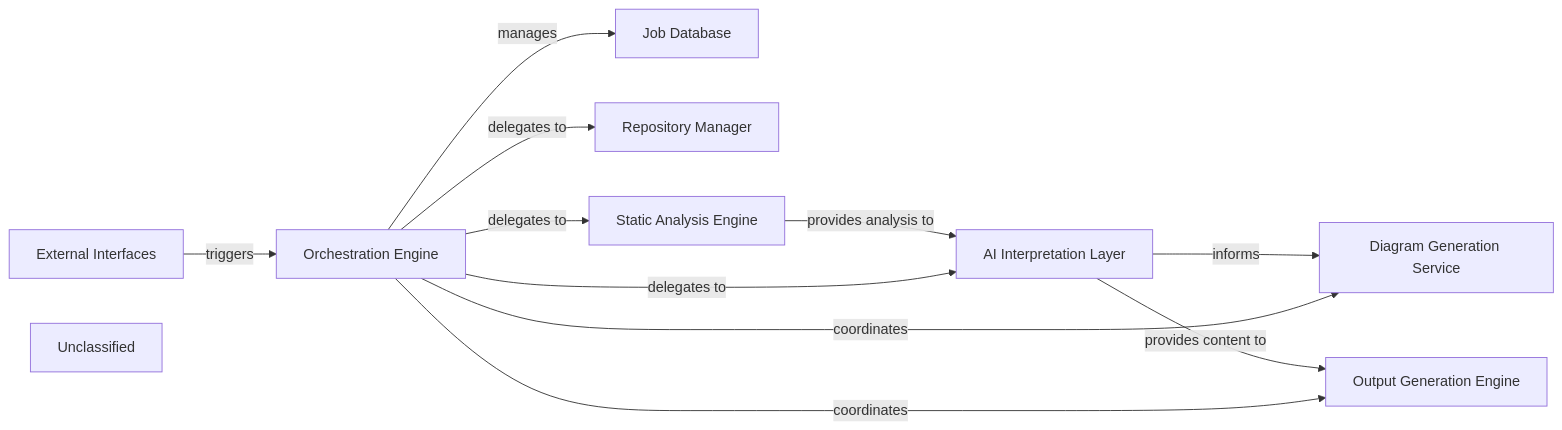
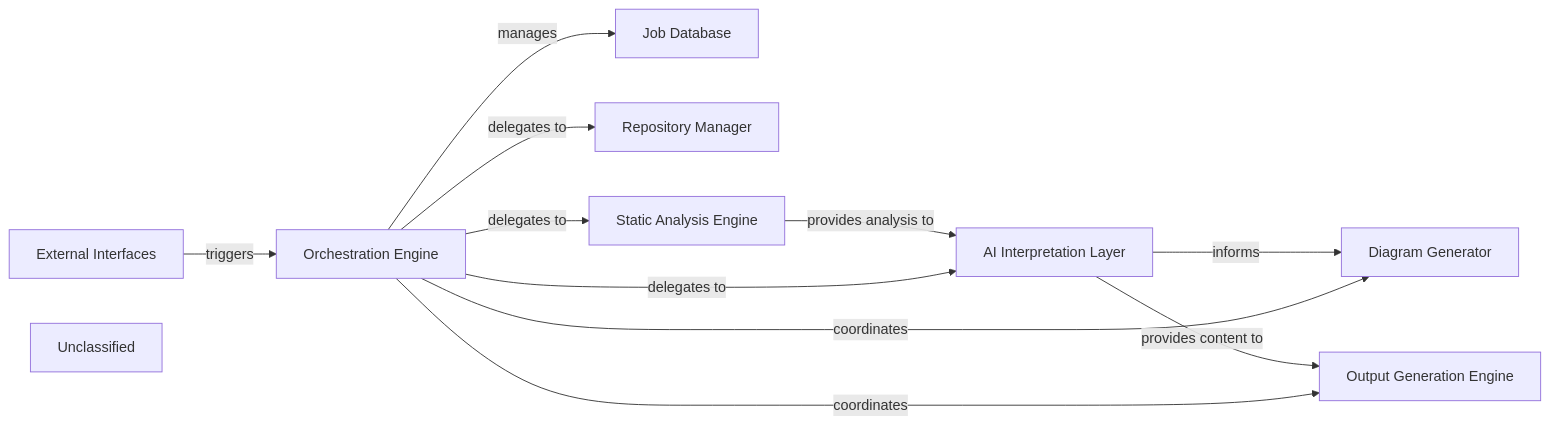
One commit to mariyam866/CodeBoarding changed the diagram in .codeboarding/Orchestration_Engine.md. Above: the diagram before and after it, drawn with Mermaid. The commit also changed other lines of this file and 15 other files, not shown here.

First line of the commit message:
docs: update codeboarding documentation and generate architecture

````diff
--- a/.codeboarding/Orchestration_Engine.md
+++ b/.codeboarding/Orchestration_Engine.md
@@ -1,27 +1,26 @@
 ```mermaid
 graph LR
     Orchestration_Engine["Orchestration Engine"]
     Job_Database["Job Database"]
     External_Interfaces["External Interfaces"]
     Repository_Manager["Repository Manager"]
     Static_Analysis_Engine["Static Analysis Engine"]
     AI_Interpretation_Layer["AI Interpretation Layer"]
-    Diagram_Generation_Service["Diagram Generation Service"]
+    Diagram_Generator["Diagram Generator"]
     Output_Generation_Engine["Output Generation Engine"]
     Unclassified["Unclassified"]
     External_Interfaces -- "triggers" --> Orchestration_Engine
     Orchestration_Engine -- "manages" --> Job_Database
     Orchestration_Engine -- "delegates to" --> Repository_Manager
     Orchestration_Engine -- "delegates to" --> Static_Analysis_Engine
     Static_Analysis_Engine -- "provides analysis to" --> AI_Interpretation_Layer
-    AI_Interpretation_Layer -- "informs" --> Diagram_Generation_Service
+    AI_Interpretation_Layer -- "informs" --> Diagram_Generator
     AI_Interpretation_Layer -- "provides content to" --> Output_Generation_Engine
-    Orchestration_Engine -- "coordinates" --> Diagram_Generation_Service
+    Orchestration_Engine -- "coordinates" --> Diagram_Generator
     Orchestration_Engine -- "coordinates" --> Output_Generation_Engine
     Orchestration_Engine -- "delegates to" --> AI_Interpretation_Layer
     click Orchestration_Engine href "https://github.com/CodeBoarding/CodeBoarding/blob/main/.codeboarding/Orchestration_Engine.md" "Details"
-    click Job_Database href "https://github.com/CodeBoarding/CodeBoarding/blob/main/.codeboarding/Job_Database.md" "Details"
     click Static_Analysis_Engine href "https://github.com/CodeBoarding/CodeBoarding/blob/main/.codeboarding/Static_Analysis_Engine.md" "Details"
     click AI_Interpretation_Layer href "https://github.com/CodeBoarding/CodeBoarding/blob/main/.codeboarding/AI_Interpretation_Layer.md" "Details"
     click Output_Generation_Engine href "https://github.com/CodeBoarding/CodeBoarding/blob/main/.codeboarding/Output_Generation_Engine.md" "Details"
 ```
````
